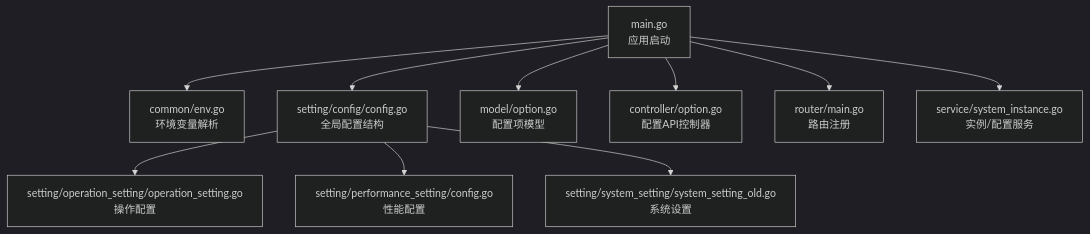
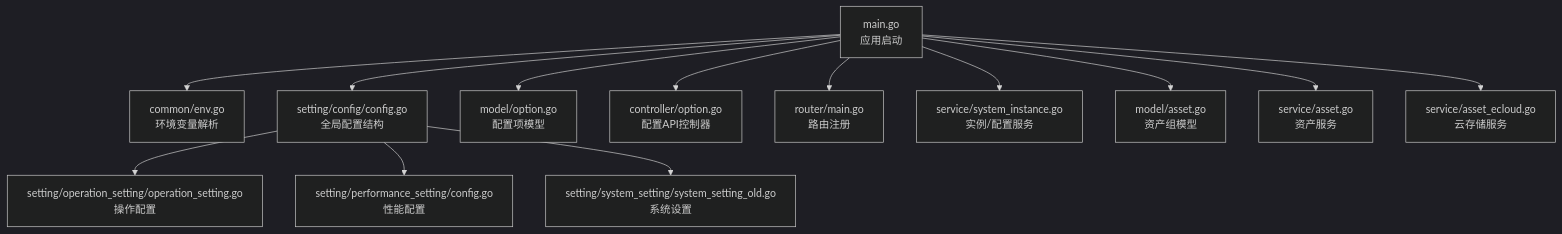
The first of 4 diagrams in .qoder/repowiki/zh/content/配置管理/配置管理.md (zhaodechao2008/new-api), drawn with Mermaid (dark theme) before and after one commit. The commit also changed other lines of this file and 274 other files, not shown here.

````diff
--- a/.qoder/repowiki/zh/content/配置管理/配置管理.md
+++ b/.qoder/repowiki/zh/content/配置管理/配置管理.md
@@ -40,12 +51,15 @@
 ```mermaid
 graph TB
 A["main.go<br/>应用启动"] --> B["common/env.go<br/>环境变量解析"]
 A --> C["setting/config/config.go<br/>全局配置结构"]
 C --> D["setting/operation_setting/operation_setting.go<br/>操作配置"]
 C --> E["setting/performance_setting/config.go<br/>性能配置"]
 C --> F["setting/system_setting/system_setting_old.go<br/>系统设置"]
 A --> G["model/option.go<br/>配置项模型"]
 A --> H["controller/option.go<br/>配置API控制器"]
 A --> I["router/main.go<br/>路由注册"]
 A --> J["service/system_instance.go<br/>实例/配置服务"]
+A --> K["model/asset.go<br/>资产组模型"]
+A --> L["service/asset.go<br/>资产服务"]
+A --> M["service/asset_ecloud.go<br/>云存储服务"]
 ```
````
